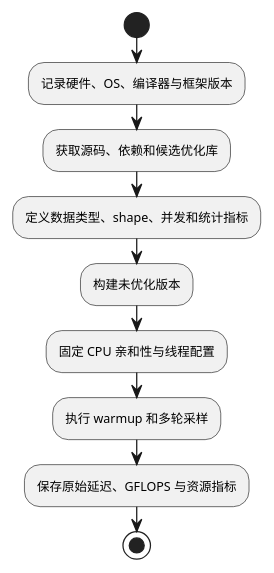
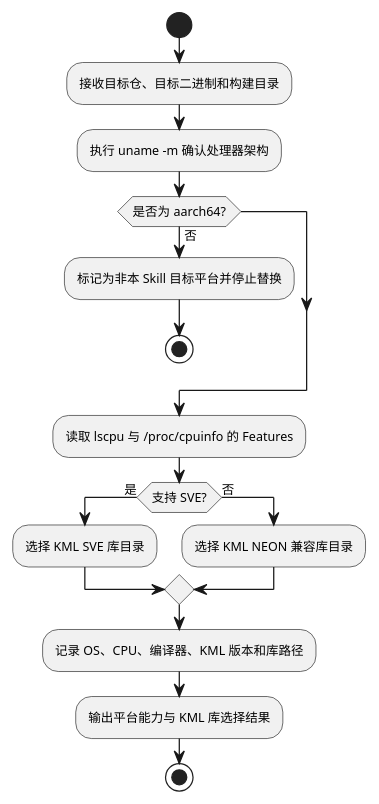
Before and after one commit to wlmnzf40/kblas-gemm-tuning: the third of 6 diagrams in references/detailed-design.md, drawn with PlantUML. The commit also changed other lines of this file, not shown here.

````diff
--- a/references/detailed-design.md
+++ b/references/detailed-design.md
@@ -170,15 +170,22 @@
 ```plantuml
 @startuml
 skinparam defaultFontName "Microsoft YaHei"
 skinparam defaultFontSize 10
 start
-:记录硬件、OS、编译器与框架版本;
-:获取源码、依赖和候选优化库;
-:定义数据类型、shape、并发和统计指标;
-:构建未优化版本;
-:固定 CPU 亲和性与线程配置;
-:执行 warmup 和多轮采样;
-:保存原始延迟、GFLOPS 与资源指标;
+:接收目标仓、目标二进制和构建目录;
+:执行 uname -m 确认处理器架构;
+if (是否为 aarch64?) then (否)
+  :标记为非本 Skill 目标平台并停止替换;
+  stop
+endif
+:读取 lscpu 与 /proc/cpuinfo 的 Features;
+if (支持 SVE?) then (是)
+  :选择 KML SVE 库目录;
+else (否)
+  :选择 KML NEON 兼容库目录;
+endif
+:记录 OS、CPU、编译器、KML 版本和库路径;
+:输出平台能力与 KML 库选择结果;
 stop
 @enduml
 ```
````
